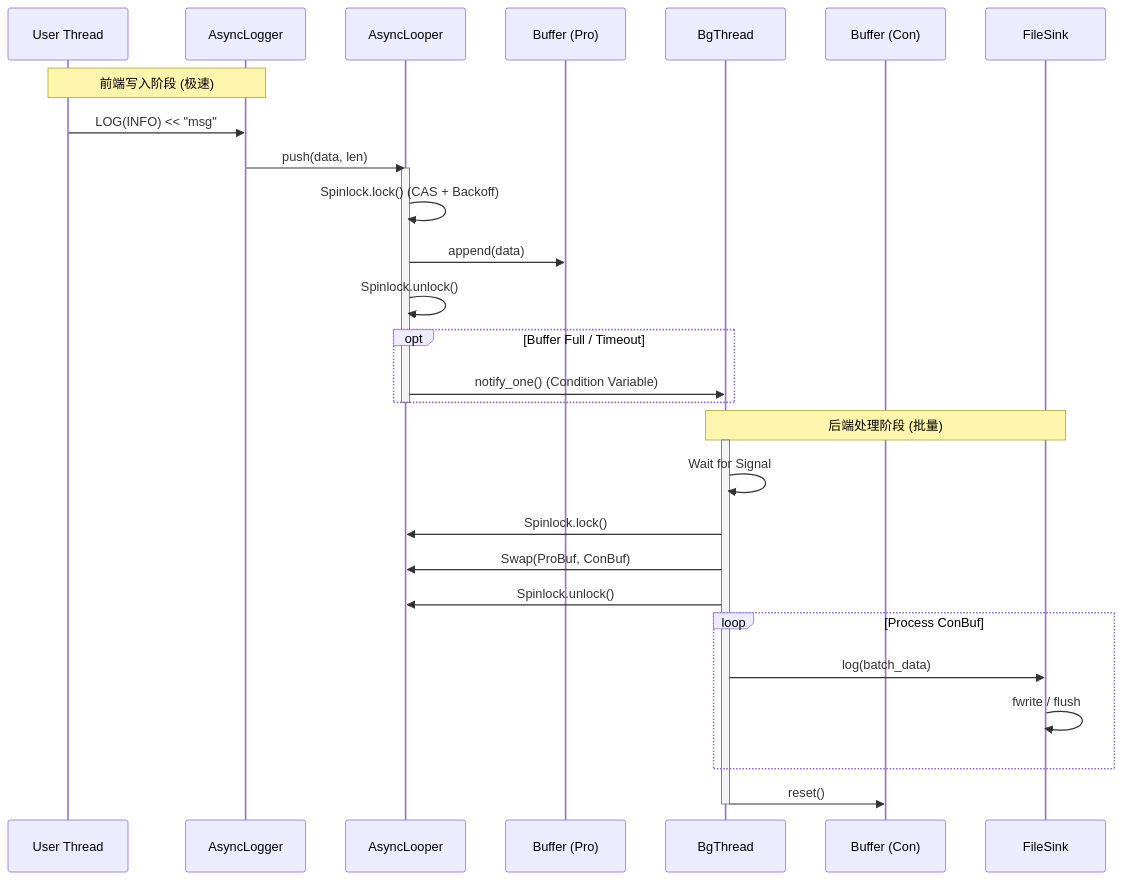
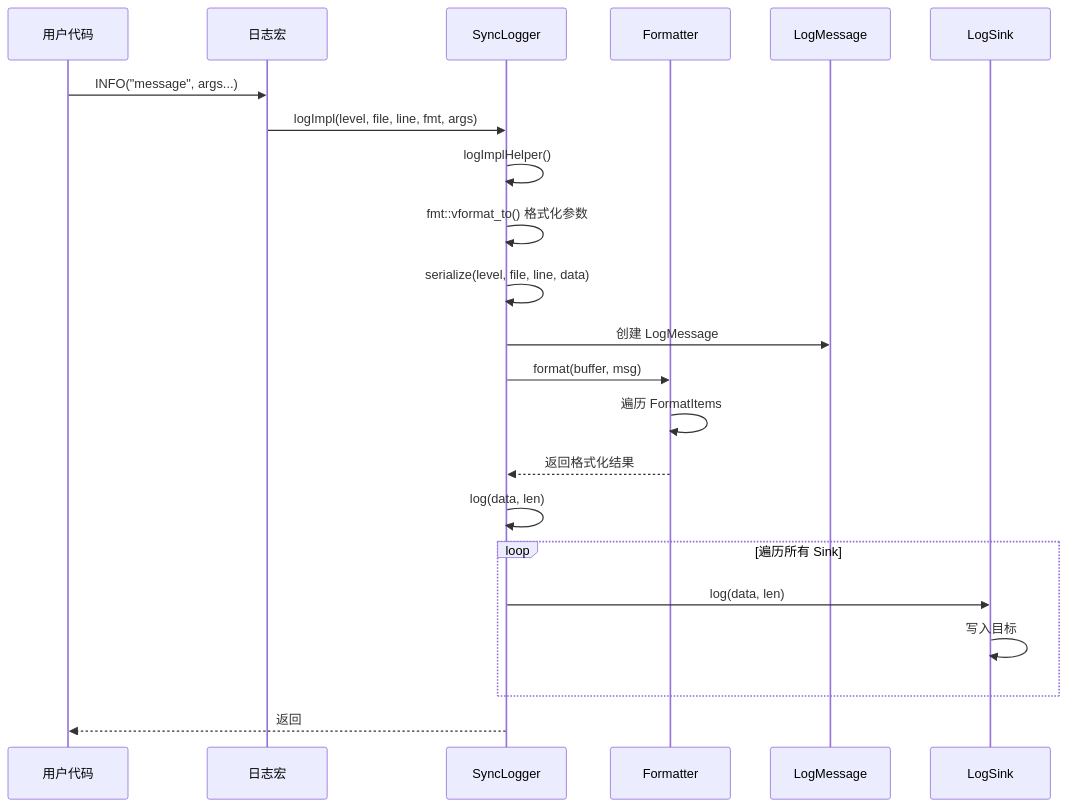
One commit to hzh-betty/zcoroutine changed the third of 4 diagrams in zlog/README.md. Above: the diagram before and after it, drawn with Mermaid. The commit also changed other lines of this file and 2 other files, not shown here.

````diff
--- a/zlog/README.md
+++ b/zlog/README.md
@@ -185,37 +301,25 @@
 ```mermaid
 sequenceDiagram
-    participant User as User Thread
-    participant Logger as AsyncLogger
-    participant Looper as AsyncLooper
-    participant ProBuf as Buffer (Pro)
-    participant Thread as BgThread
-    participant ConBuf as Buffer (Con)
-    participant Sink as FileSink
+    participant User as 用户代码
+    participant Macro as 日志宏
+    participant Logger as SyncLogger
+    participant Formatter as Formatter
+    participant Message as LogMessage
+    participant Sink as LogSink
 
-    Note over User, Logger: 前端写入阶段 (极速)
-    User->>Logger: LOG(INFO) << "msg"
-    Logger->>Looper: push(data, len)
-    activate Looper
-    Looper->>Looper: Spinlock.lock() (CAS + Backoff)
-    Looper->>ProBuf: append(data)
-    Looper->>Looper: Spinlock.unlock()
-    
-    opt Buffer Full / Timeout
-        Looper->>Thread: notify_one() (Condition Variable)
+    User->>Macro: INFO("message", args...)
+    Macro->>Logger: logImpl(level, file, line, fmt, args)
+    Logger->>Logger: logImplHelper()
+    Logger->>Logger: fmt::vformat_to() 格式化参数
+    Logger->>Logger: serialize(level, file, line, data)
+    Logger->>Message: 创建 LogMessage
+    Logger->>Formatter: format(buffer, msg)
+    Formatter->>Formatter: 遍历 FormatItems
+    Formatter-->>Logger: 返回格式化结果
+    Logger->>Logger: log(data, len)
+    loop 遍历所有 Sink
+        Logger->>Sink: log(data, len)
+        Sink->>Sink: 写入目标
     end
-    deactivate Looper
-    
-    Note over Thread, Sink: 后端处理阶段 (批量)
-    activate Thread
-    Thread->>Thread: Wait for Signal
-    Thread->>Looper: Spinlock.lock()
-    Thread->>Looper: Swap(ProBuf, ConBuf)
-    Thread->>Looper: Spinlock.unlock()
-    
-    loop Process ConBuf
-        Thread->>Sink: log(batch_data)
-        Sink->>Sink: fwrite / flush
-    end
-    Thread->>ConBuf: reset()
-    deactivate Thread
+    Logger-->>User: 返回
 ```
````
